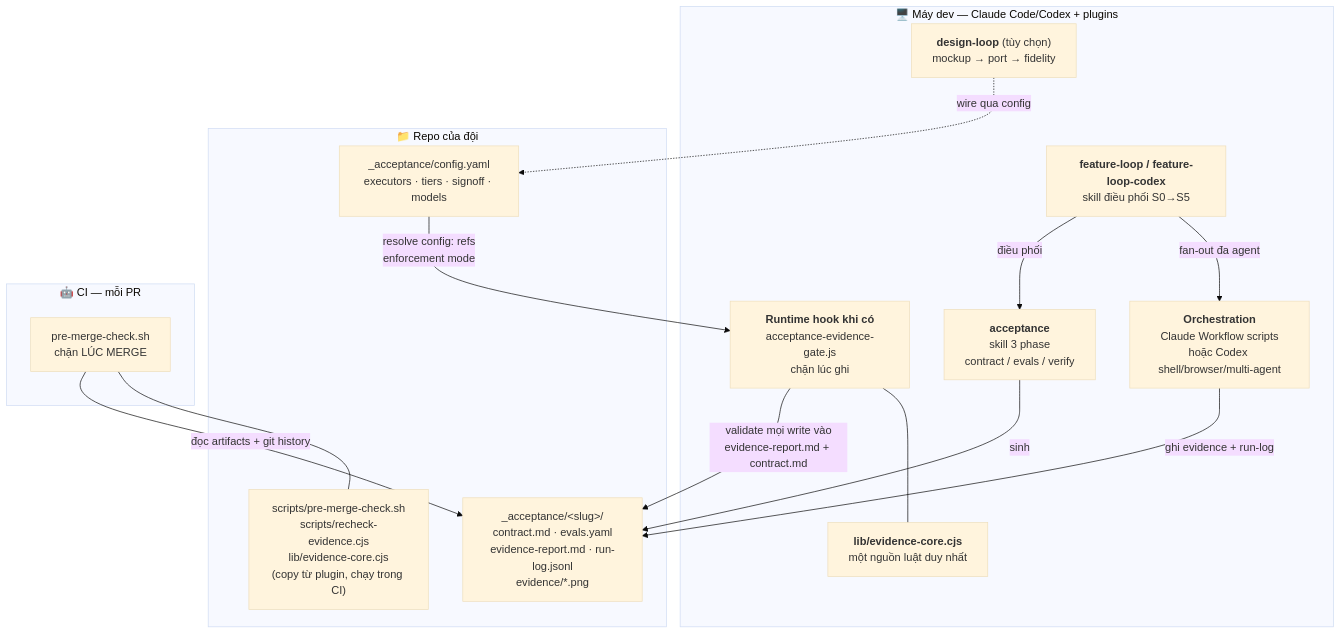
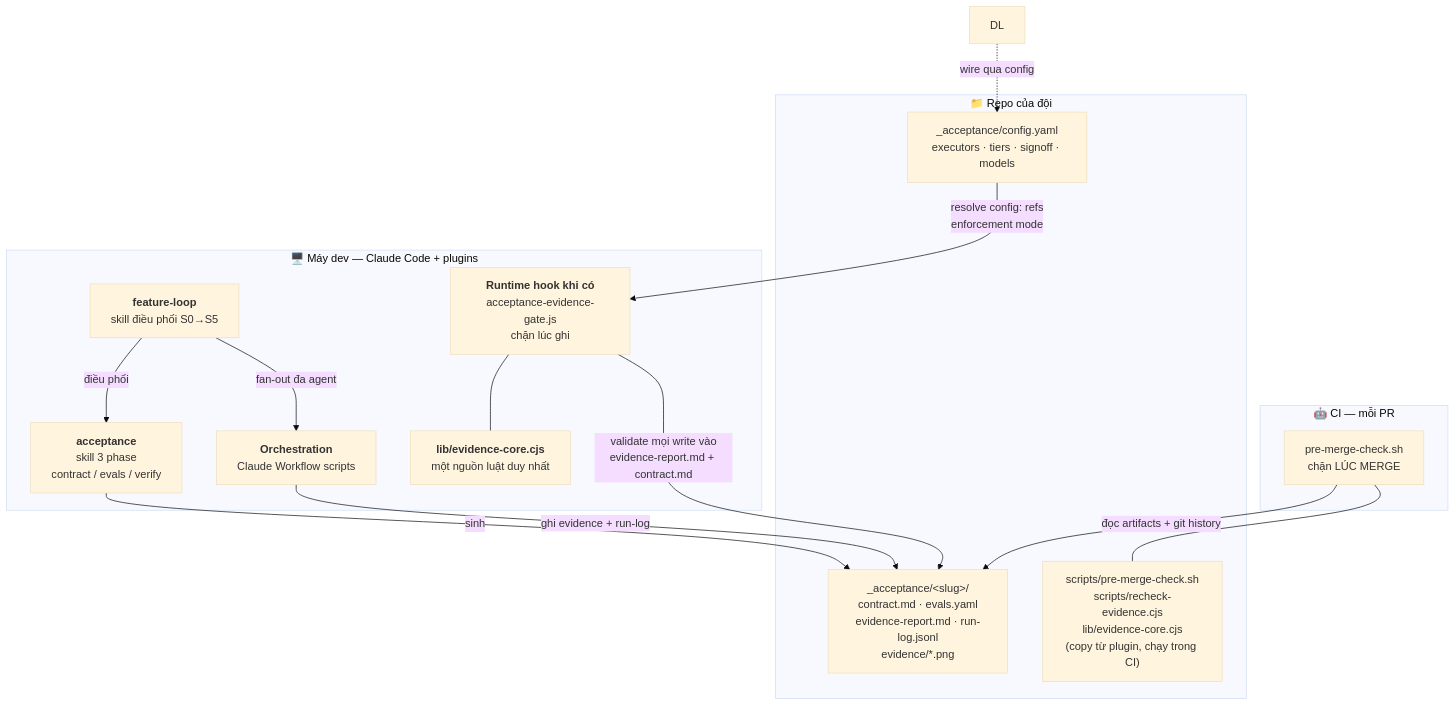
Before and after one commit to phanlemanh/acceptance-gate-kit: the second of 5 diagrams in GUIDE.md, drawn with Mermaid (base theme). The commit also changed other lines of this file and 8 other files, not shown here.

````diff
--- a/GUIDE.md
+++ b/GUIDE.md
@@ -128,32 +127,31 @@
 ```mermaid
 flowchart TB
-  subgraph DEV["🖥️ Máy dev — Claude Code/Codex + plugins"]
-    FL["<b>feature-loop / feature-loop-codex</b><br/>skill điều phối S0→S5"]
+  subgraph DEV["🖥️ Máy dev — Claude Code + plugins"]
+    FL["<b>feature-loop</b><br/>skill điều phối S0→S5"]
     AC["<b>acceptance</b><br/>skill 3 phase<br/>contract / evals / verify"]
-    WF["<b>Orchestration</b><br/>Claude Workflow scripts<br/>hoặc Codex shell/browser/multi-agent"]
+    WF["<b>Orchestration</b><br/>Claude Workflow scripts"]
     HOOK["<b>Runtime hook khi có</b><br/>acceptance-evidence-gate.js<br/>chặn lúc ghi"]
     CORE["<b>lib/evidence-core.cjs</b><br/>một nguồn luật duy nhất"]
-    DL["<b>design-loop</b> (tùy chọn)<br/>mockup → port → fidelity"]
   end
 
   subgraph REPO["📁 Repo của đội"]
     CFG["_acceptance/config.yaml<br/>executors · tiers · signoff · models"]
     ART["_acceptance/&lt;slug&gt;/<br/>contract.md · evals.yaml<br/>evidence-report.md · run-log.jsonl<br/>evidence/*.png"]
     VEND["scripts/pre-merge-check.sh<br/>scripts/recheck-evidence.cjs<br/>lib/evidence-core.cjs<br/>(copy từ plugin, chạy trong CI)"]
   end
 
   subgraph CI["🤖 CI — mỗi PR"]
     PM["pre-merge-check.sh<br/>chặn LÚC MERGE"]
   end
 
   FL -->|"điều phối"| AC
   FL -->|"fan-out đa agent"| WF
   AC -->|"sinh"| ART
   WF -->|"ghi evidence + run-log"| ART
   HOOK -->|"validate mọi write vào<br/>evidence-report.md + contract.md"| ART
   HOOK --- CORE
   CFG -->|"resolve config: refs<br/>enforcement mode"| HOOK
   DL -.->|"wire qua config"| CFG
   PM -->|"đọc artifacts + git history"| ART
   PM --- VEND
 ```
````
